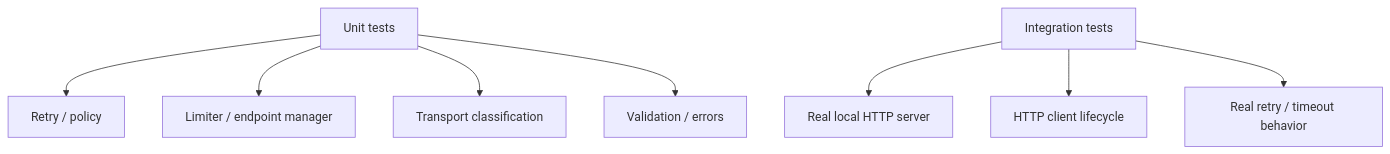
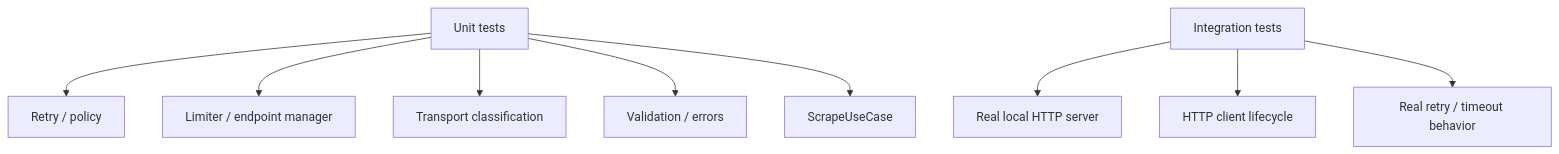
One commit to Snoke19/ctgov-history-sync changed the ninth of 9 diagrams in README.md. Above: the diagram before and after it, drawn with Mermaid. The commit also changed other lines of this file, not shown here.

Commit message:
docs: update README to match current architecture

````diff
--- a/README.md
+++ b/README.md
@@ -335,12 +370,13 @@
 ```mermaid
 flowchart TB
     U[Unit tests]
     I[Integration tests]
     U --> C1[Retry / policy]
     U --> C2[Limiter / endpoint manager]
     U --> C3[Transport classification]
     U --> C4[Validation / errors]
-    I --> C5[Real local HTTP server]
-    I --> C6[HTTP client lifecycle]
-    I --> C7[Real retry / timeout behavior]
+    U --> C5[ScrapeUseCase]
+    I --> C6[Real local HTTP server]
+    I --> C7[HTTP client lifecycle]
+    I --> C8[Real retry / timeout behavior]
 ```
````
